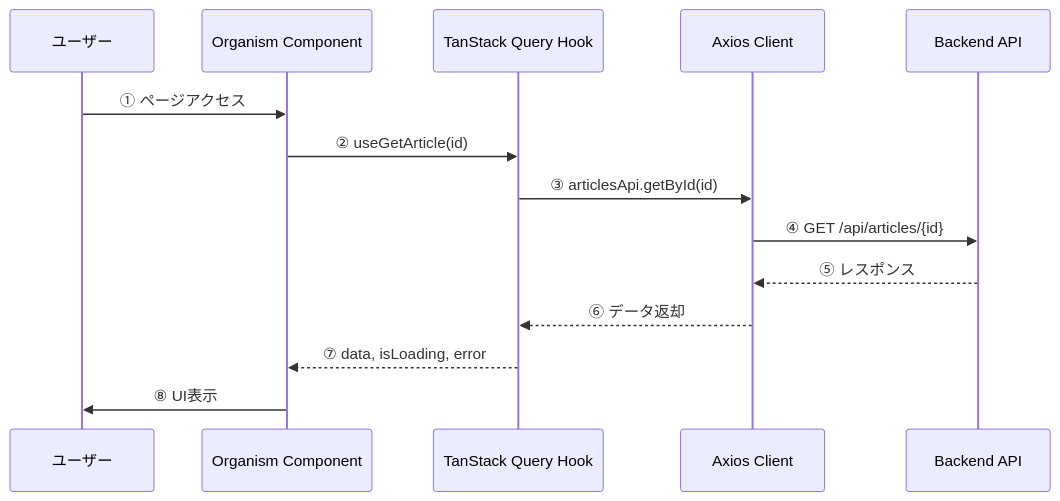
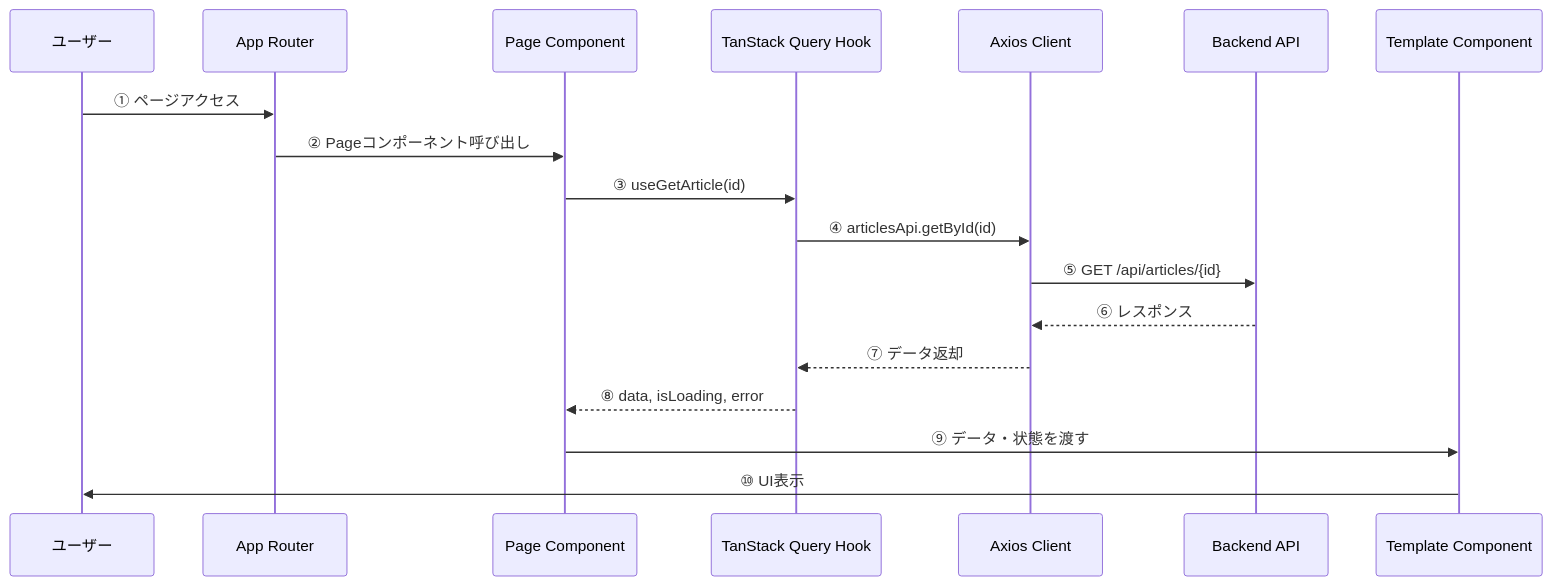
The third of 7 diagrams in nari-note-frontend/docs/architecture-diagram.md (doguto/nari-note), drawn with Mermaid before and after one commit. The commit also changed other lines of this file, not shown here.

Commit message:
Docs: architecture-diagram.mdを5層Atomic Design構造に更新

````diff
--- a/nari-note-frontend/docs/architecture-diagram.md
+++ b/nari-note-frontend/docs/architecture-diagram.md
@@ -174,17 +232,21 @@
 ```mermaid
 sequenceDiagram
     participant User as ユーザー
-    participant Organism as Organism Component
+    participant AppRouter as App Router
+    participant Page as Page Component
     participant Hook as TanStack Query Hook
     participant API as Axios Client
     participant Backend as Backend API
+    participant Template as Template Component
     
-    User->>Organism: ① ページアクセス
-    Organism->>Hook: ② useGetArticle(id)
-    Hook->>API: ③ articlesApi.getById(id)
-    API->>Backend: ④ GET /api/articles/{id}
-    Backend-->>API: ⑤ レスポンス
-    API-->>Hook: ⑥ データ返却
-    Hook-->>Organism: ⑦ data, isLoading, error
-    Organism->>User: ⑧ UI表示
+    User->>AppRouter: ① ページアクセス
+    AppRouter->>Page: ② Pageコンポーネント呼び出し
+    Page->>Hook: ③ useGetArticle(id)
+    Hook->>API: ④ articlesApi.getById(id)
+    API->>Backend: ⑤ GET /api/articles/{id}
+    Backend-->>API: ⑥ レスポンス
+    API-->>Hook: ⑦ データ返却
+    Hook-->>Page: ⑧ data, isLoading, error
+    Page->>Template: ⑨ データ・状態を渡す
+    Template->>User: ⑩ UI表示
 ```
````
